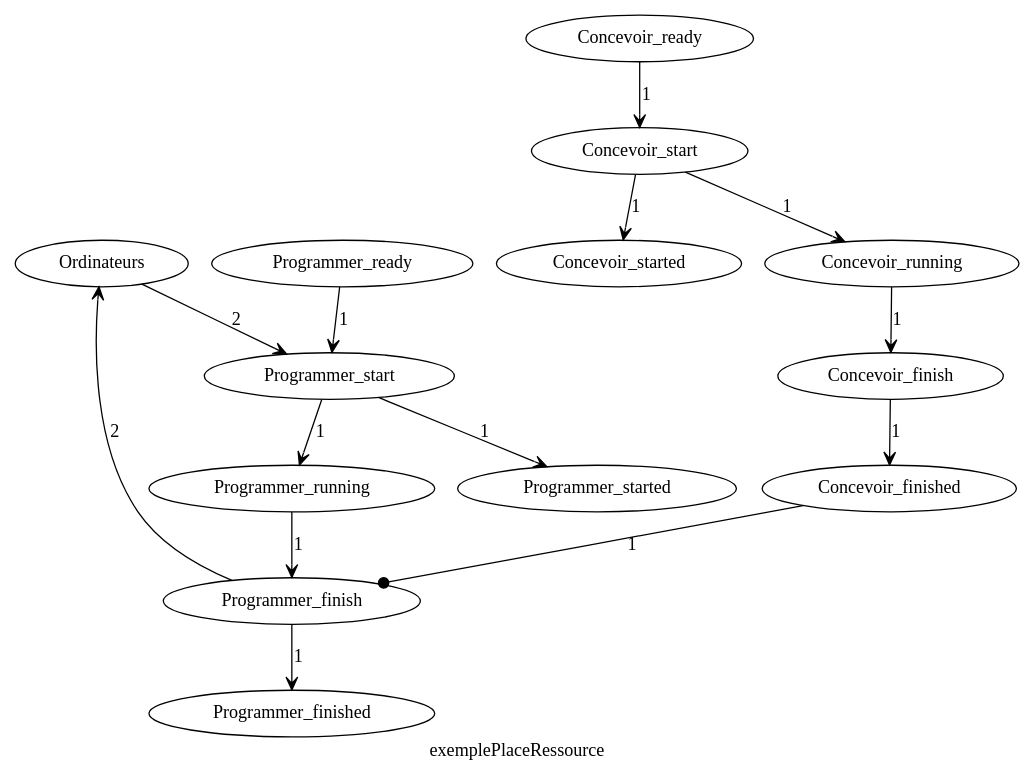
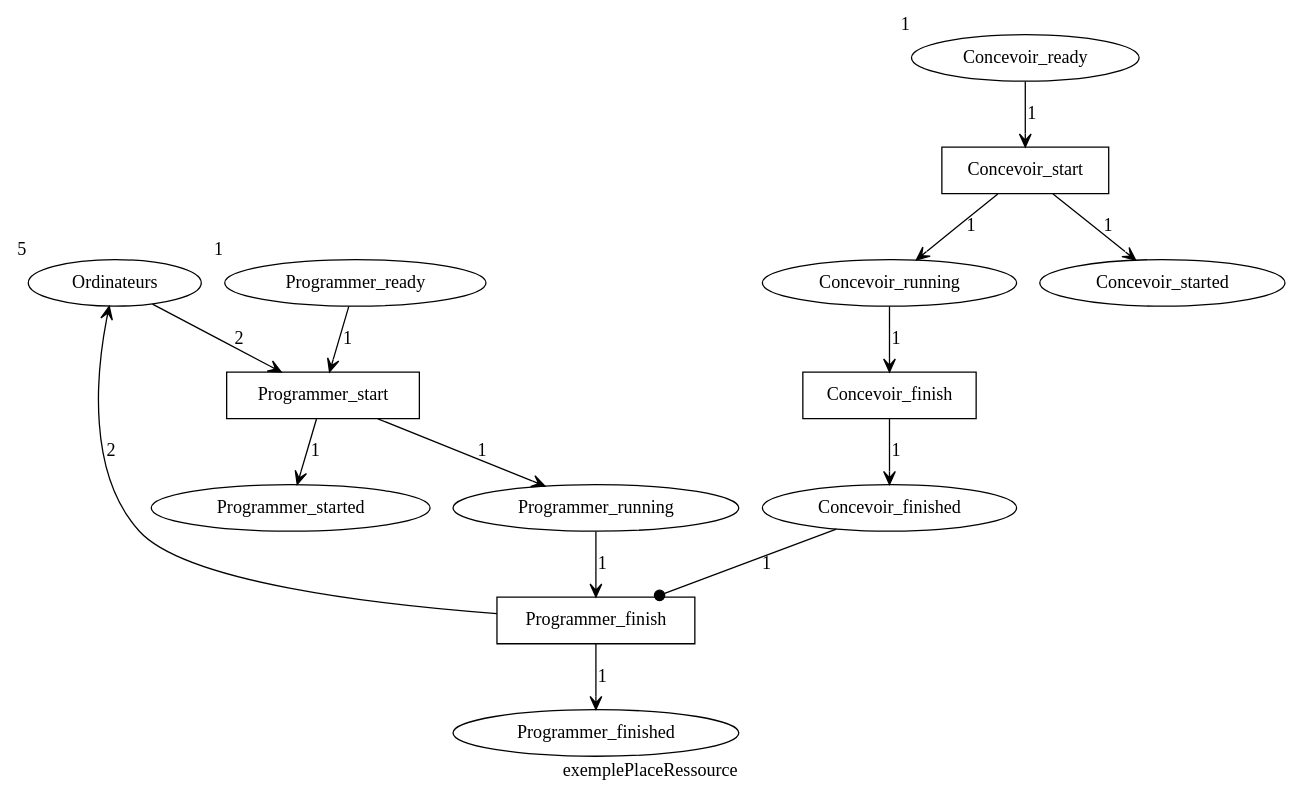
The diagram in src/fr.n7.petriNet.todot/output/exemplePlaceRessource.dot (louis-thevenet/n7-mini-projet-IDM), drawn with Graphviz before and after one commit. The commit also changed 8 other files, not shown here.

```diff
--- a/src/fr.n7.petriNet.todot/output/exemplePlaceRessource.dot
+++ b/src/fr.n7.petriNet.todot/output/exemplePlaceRessource.dot
@@ -1,17 +1,32 @@
 digraph exemplePlaceRessource {
 label=exemplePlaceRessource
+
+Ordinateurs [xlabel=5]
+Programmer_ready [xlabel=1]
+Programmer_started 
+Programmer_running 
+Programmer_finished 
+Programmer_start [shape=rectangle]
+Programmer_finish [shape=rectangle]
+Concevoir_ready [xlabel=1]
+Concevoir_started 
+Concevoir_running 
+Concevoir_finished 
+Concevoir_start [shape=rectangle]
+Concevoir_finish [shape=rectangle]
+
 Ordinateurs -> Programmer_start [arrowhead=vee label=2]
 Programmer_finish -> Ordinateurs [arrowhead=vee label=2]
 Programmer_ready -> Programmer_start [arrowhead=vee label=1]
 Programmer_start -> Programmer_running [arrowhead=vee label=1]
 Programmer_start -> Programmer_started [arrowhead=vee label=1]
 Programmer_running -> Programmer_finish [arrowhead=vee label=1]
 Programmer_finish -> Programmer_finished [arrowhead=vee label=1]
 Concevoir_ready -> Concevoir_start [arrowhead=vee label=1]
 Concevoir_start -> Concevoir_running [arrowhead=vee label=1]
 Concevoir_start -> Concevoir_started [arrowhead=vee label=1]
 Concevoir_running -> Concevoir_finish [arrowhead=vee label=1]
 Concevoir_finish -> Concevoir_finished [arrowhead=vee label=1]
 Concevoir_finished -> Programmer_finish [arrowhead=dot label=1]
 
 }
```
